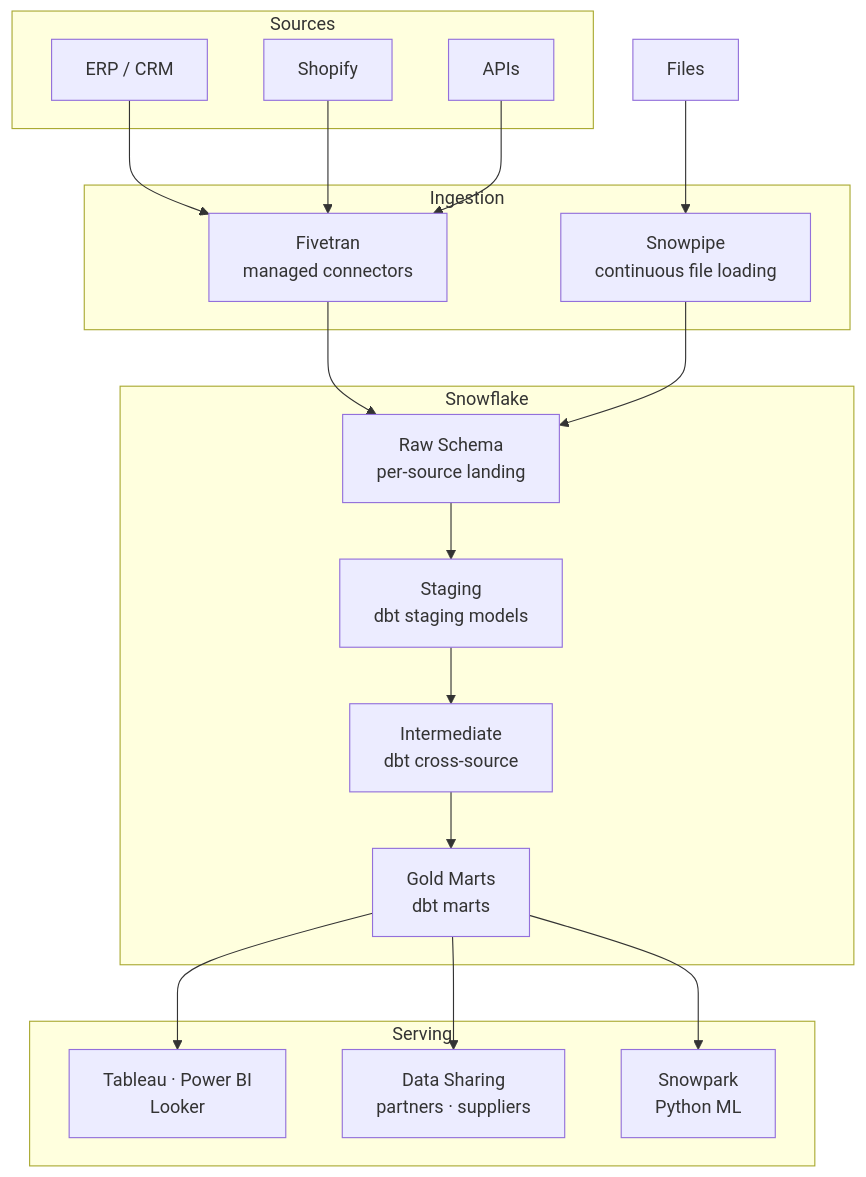
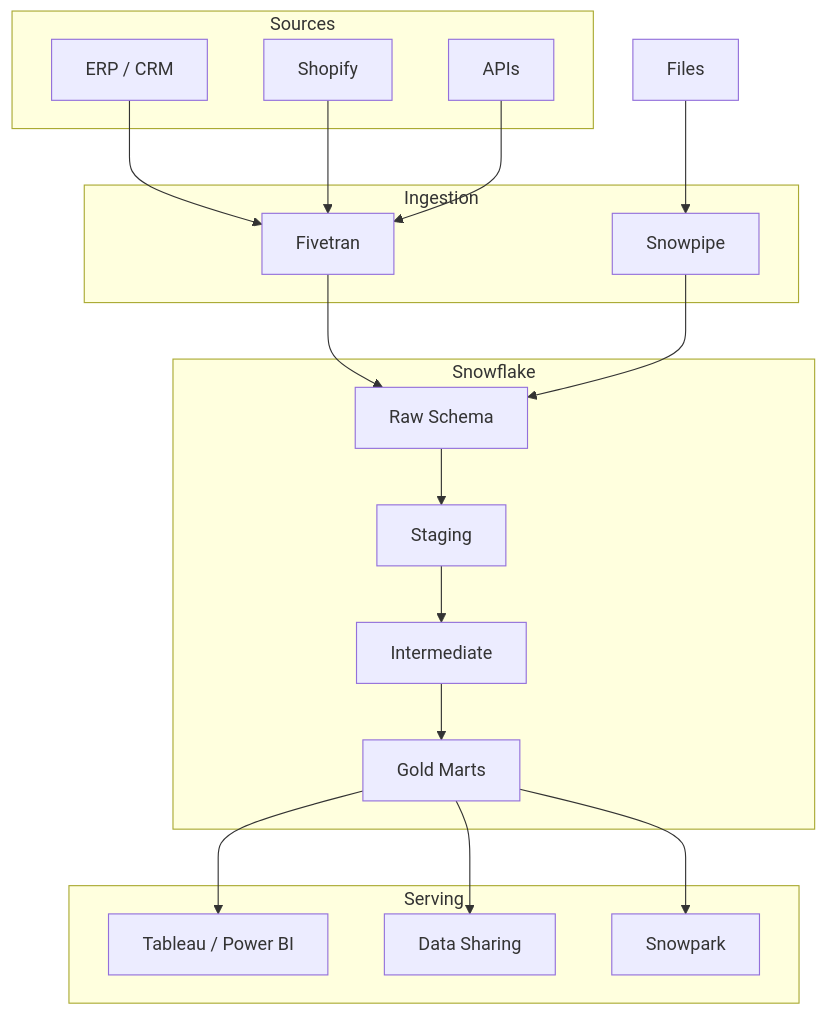
One commit to gcmishra7/data-engineering-helper changed the first of 3 diagrams in 06-snowflake/10-snowflake-reference-architectures.md. Above: the diagram before and after it, drawn with Mermaid. The commit also changed other lines of this file and 57 other files, not shown here.

First line of the commit message:
Shorten mermaid node labels to fix text truncation on GitHub

````diff
--- a/06-snowflake/10-snowflake-reference-architectures.md
+++ b/06-snowflake/10-snowflake-reference-architectures.md
@@ -5,33 +5,33 @@
 ```mermaid
 graph TD
     subgraph Sources
         ERP[ERP / CRM]
         SHOP[Shopify]
         API[APIs]
     end
     subgraph Ingestion
-        FV[Fivetran<br/>managed connectors]
-        SNOW_PIPE[Snowpipe<br/>continuous file loading]
+        FV[Fivetran]
+        SNOW_PIPE[Snowpipe]
     end
     subgraph Snowflake
-        RAW[Raw Schema<br/>per-source landing]
-        STG[Staging<br/>dbt staging models]
-        INT[Intermediate<br/>dbt cross-source]
-        GOLD[Gold Marts<br/>dbt marts]
+        RAW[Raw Schema]
+        STG[Staging]
+        INT[Intermediate]
+        GOLD[Gold Marts]
     end
     subgraph Serving
-        BI[Tableau · Power BI<br/>Looker]
-        SHARE[Data Sharing<br/>partners · suppliers]
-        SP[Snowpark<br/>Python ML]
+        BI[Tableau / Power BI]
+        SHARE[Data Sharing]
+        SP[Snowpark]
     end
 
     ERP --> FV
     SHOP --> FV
     API --> FV
     FV --> RAW
     Files --> SNOW_PIPE --> RAW
     RAW --> STG --> INT --> GOLD
     GOLD --> BI
     GOLD --> SHARE
     GOLD --> SP
 ```
````
